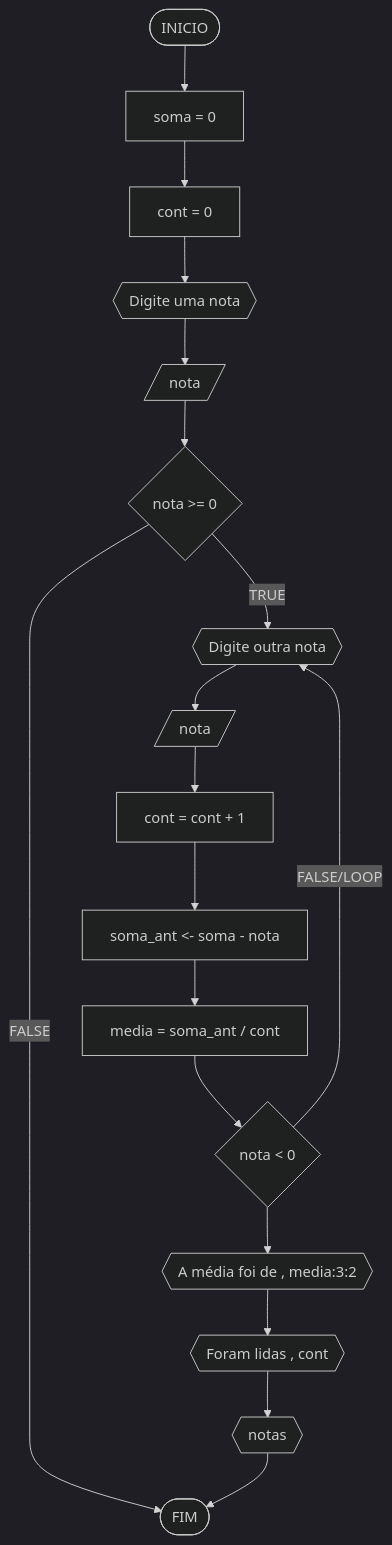
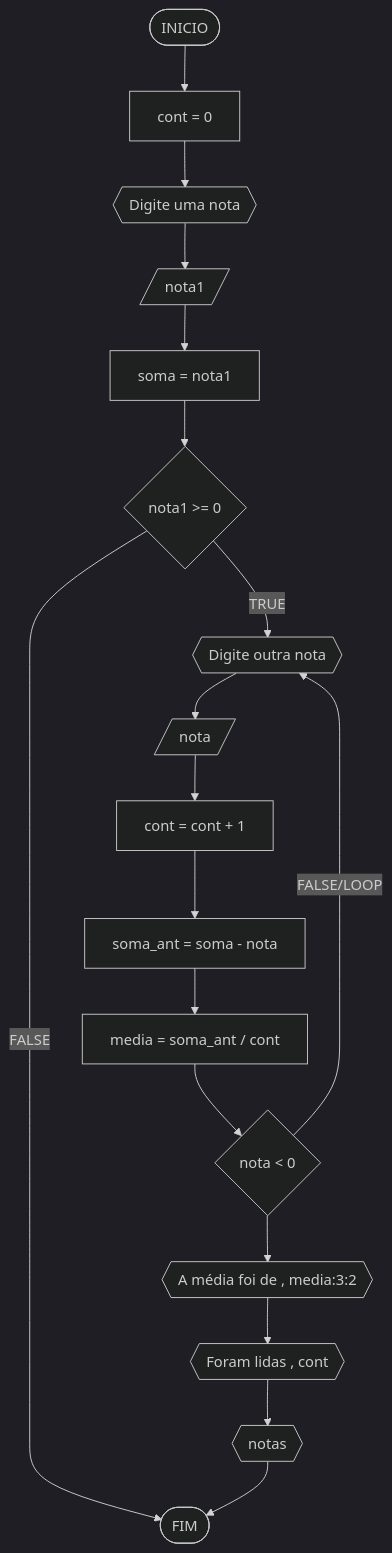
One commit to Gabriel0225/unifor changed the sixth of 6 diagrams in RLA/unidade1/lista3.md. Above: the diagram before and after it, drawn with Mermaid (dark theme). The commit also changed other lines of this file, not shown here.

````diff
--- a/RLA/unidade1/lista3.md
+++ b/RLA/unidade1/lista3.md
@@ -225,20 +225,20 @@
 ```mermaid
 flowchart TD
-A([INICIO]) --> B[soma = 0]
-B --> C[cont = 0]
+A([INICIO]) --> C[cont = 0]
 C --> K{{"Digite uma nota"}}
-K --> N[/nota/]
-N --> D{nota >= 0}
+K --> N[/nota1/]
+N --> B[soma = nota1]
+B --> D{nota1 >= 0}
 D --TRUE--> E{{"Digite outra nota"}}
 E --> F[/nota/]
 F --> G[cont = cont + 1]
-G --> P[soma_ant <- soma - nota]
+G --> P[soma_ant = soma - nota]
 P --> H[media = soma_ant / cont]
 H --> I{nota < 0}
 I --FALSE/LOOP--> E
 D --FALSE--> O([FIM])
 I --> J{{"A média foi de ", media:3:2}}
 J --> L{{"Foram lidas ", cont}}
 L --> M{{" notas"}}
 M --> O
 ```
````
